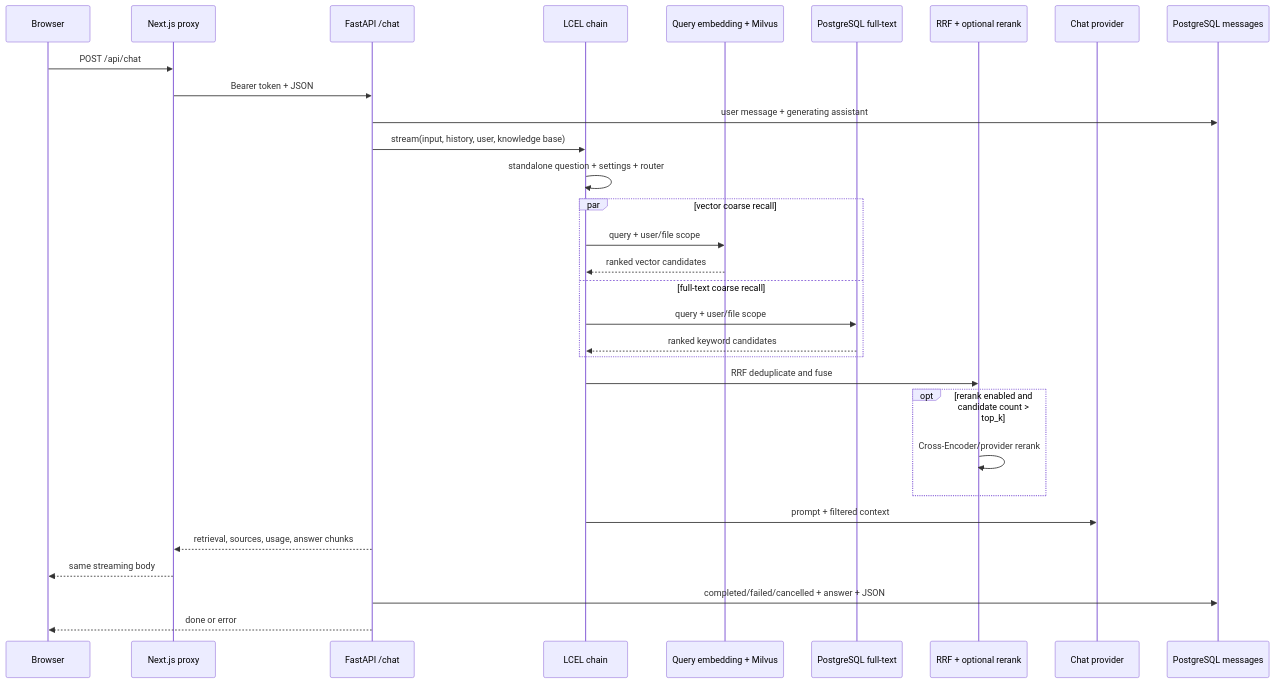
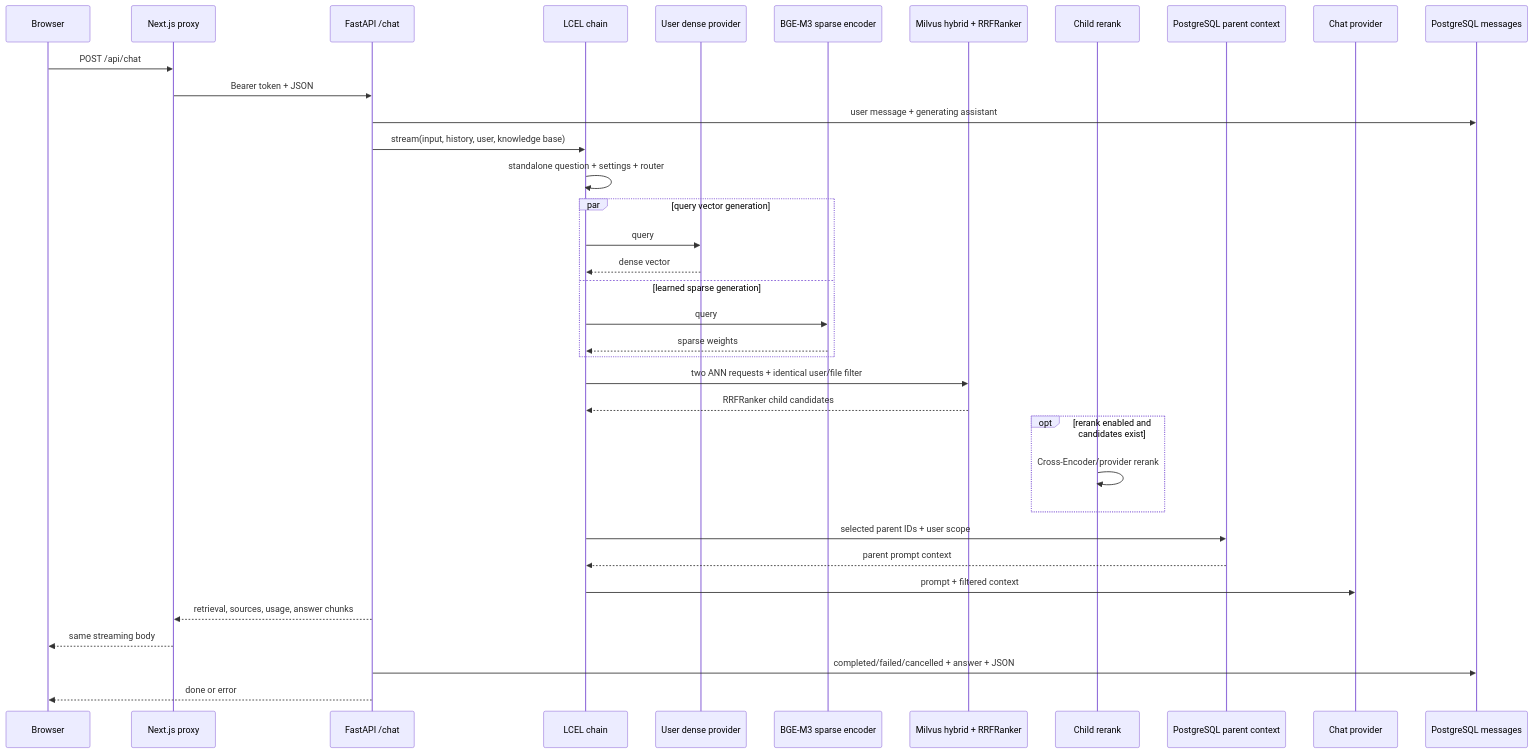
Before and after one commit to Looball/firstRag: the diagram in docs/tutorials/HYBRID_RETRIEVAL_AND_STREAMING.md, drawn with Mermaid. The commit also changed other lines of this file and 21 other files, not shown here.

Commit message:
Add Milvus dense sparse hybrid retrieval (#64)

````diff
--- a/docs/tutorials/HYBRID_RETRIEVAL_AND_STREAMING.md
+++ b/docs/tutorials/HYBRID_RETRIEVAL_AND_STREAMING.md
@@ -19,34 +19,39 @@
 ```mermaid
 sequenceDiagram
     participant Browser as Browser
     participant Proxy as Next.js proxy
     participant API as FastAPI /chat
     participant LCEL as LCEL chain
-    participant Vector as Query embedding + Milvus
-    participant Fulltext as PostgreSQL full-text
-    participant Rank as RRF + optional rerank
+    participant Dense as User dense provider
+    participant Sparse as BGE-M3 sparse encoder
+    participant Milvus as Milvus hybrid + RRFRanker
+    participant Rank as Child rerank
+    participant Parent as PostgreSQL parent context
     participant LLM as Chat provider
     participant PG as PostgreSQL messages
 
     Browser->>Proxy: POST /api/chat
     Proxy->>API: Bearer token + JSON
     API->>PG: user message + generating assistant
     API->>LCEL: stream(input, history, user, knowledge base)
     LCEL->>LCEL: standalone question + settings + router
-    par vector coarse recall
-        LCEL->>Vector: query + user/file scope
-        Vector-->>LCEL: ranked vector candidates
-    and full-text coarse recall
-        LCEL->>Fulltext: query + user/file scope
-        Fulltext-->>LCEL: ranked keyword candidates
+    par query vector generation
+        LCEL->>Dense: query
+        Dense-->>LCEL: dense vector
+    and learned sparse generation
+        LCEL->>Sparse: query
+        Sparse-->>LCEL: sparse weights
     end
-    LCEL->>Rank: RRF deduplicate and fuse
-    opt rerank enabled and candidate count > top_k
+    LCEL->>Milvus: two ANN requests + identical user/file filter
+    Milvus-->>LCEL: RRFRanker child candidates
+    opt rerank enabled and candidates exist
         Rank->>Rank: Cross-Encoder/provider rerank
     end
+    LCEL->>Parent: selected parent IDs + user scope
+    Parent-->>LCEL: parent prompt context
     LCEL->>LLM: prompt + filtered context
     API-->>Proxy: retrieval, sources, usage, answer chunks
     Proxy-->>Browser: same streaming body
     API->>PG: completed/failed/cancelled + answer + JSON
     API-->>Browser: done or error
 ```
````
